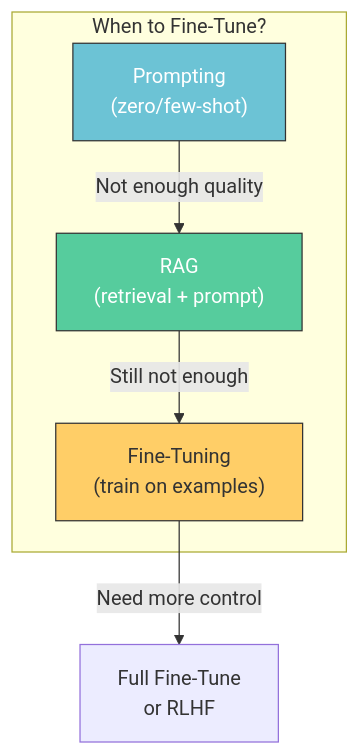
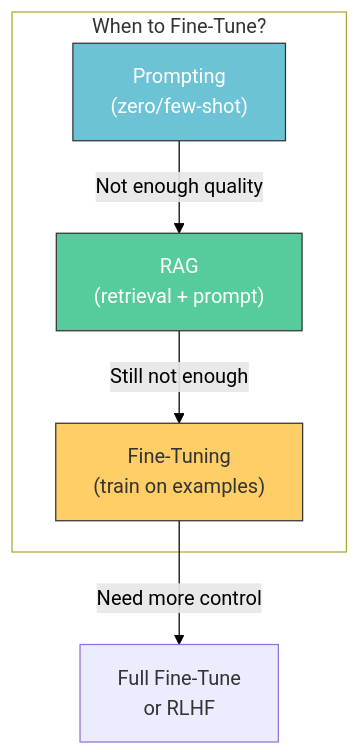
Before and after one commit to tanquangduong/tanquangduong.github.io: the third of 10 diagrams in posts/aiops-interview/LLMOps-Interview-QA-1.qmd, drawn with Mermaid. The commit also changed other lines of this file and 204 other files, not shown here.

````diff
--- a/posts/aiops-interview/LLMOps-Interview-QA-1.qmd
+++ b/posts/aiops-interview/LLMOps-Interview-QA-1.qmd
@@ -174,16 +176,18 @@
 ```{mermaid}
 graph TD
+    linkStyle default stroke:#000,color:#000
     subgraph Decision["When to Fine-Tune?"]
         PROMPT["Prompting<br/>(zero/few-shot)"]
         RAG["RAG<br/>(retrieval + prompt)"]
         FT["Fine-Tuning<br/>(train on examples)"]
     end
 
     PROMPT -->|"Not enough quality"| RAG
     RAG -->|"Still not enough"| FT
     FT -->|"Need more control"| FULL["Full Fine-Tune<br/>or RLHF"]
 
     style PROMPT fill:#6cc3d5,stroke:#333,color:#fff
     style RAG fill:#56cc9d,stroke:#333,color:#fff
     style FT fill:#ffce67,stroke:#333
+    style Decision fill:#fff
 ```
````
